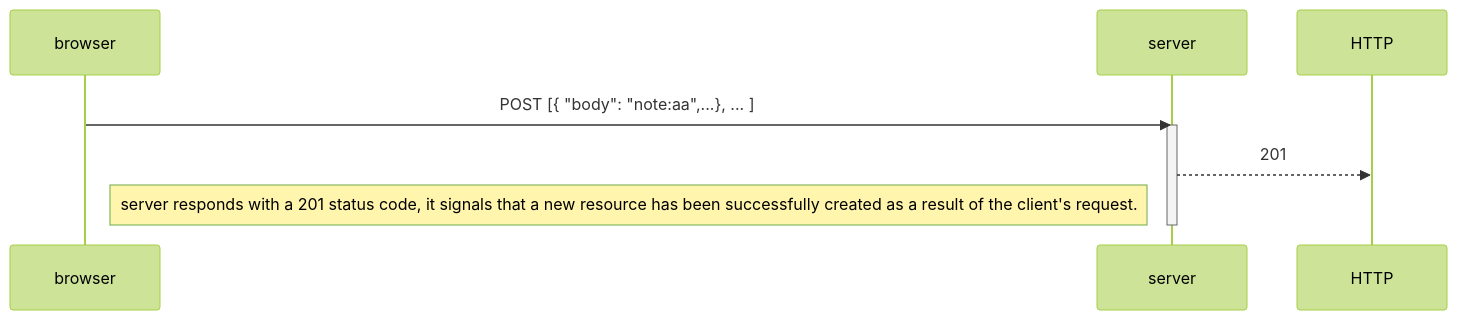
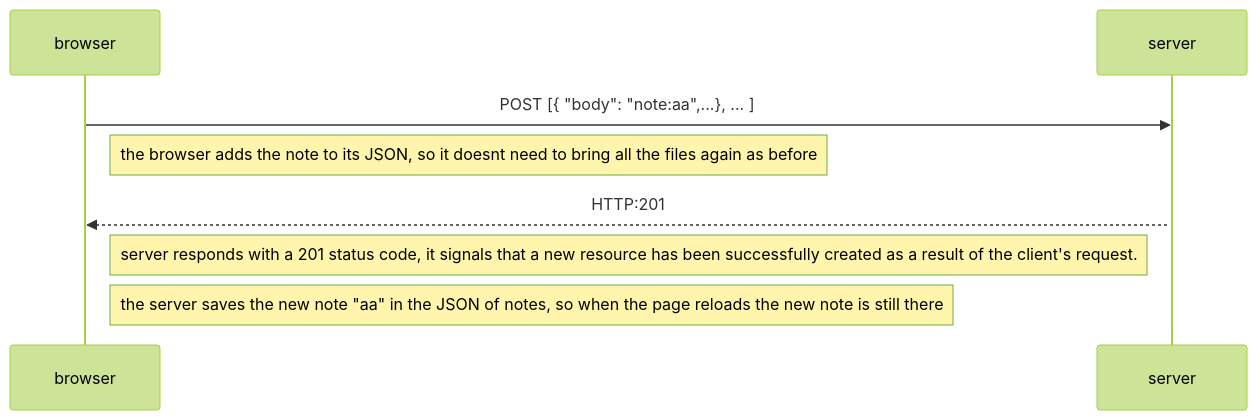
Before and after one commit to gianPerissutti/my-submissions: the diagram in part0/0.5: Single page app diagram.md, drawn with Mermaid (forest theme).

Commit message:
Update 0.5: Single page app diagram.md

````diff
--- a/part0/0.5: Single page app diagram.md
+++ b/part0/0.5: Single page app diagram.md
@@ -1,11 +1,12 @@
 ```mermaid
 sequenceDiagram
     participant browser
     participant server
+
     browser->>server: POST [{ "body": "note:aa",...}, ... ]
+ Note right of browser: the browser adds the note to its JSON, so it doesnt need to bring all the files again as before
     activate server
-    server-->>HTTP:201
-    Note left of server: server responds with a 201 status code, it signals that a new resource has been successfully created as a result of the client's request.
-    deactivate server
-
+    server-->>browser: HTTP:201
+ Note right of browser: server responds with a 201 status code, it signals that a new resource has been successfully created as a result of the client's request.
+ Note right of browser: the server saves the new note "aa" in the JSON of notes, so when the page reloads the new note is still there
 ```
````
